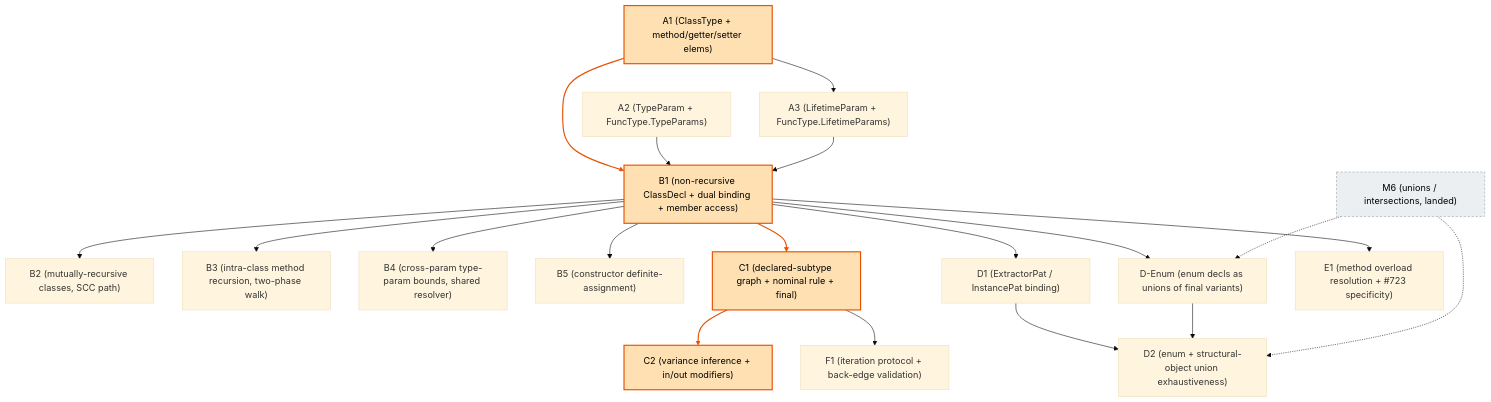
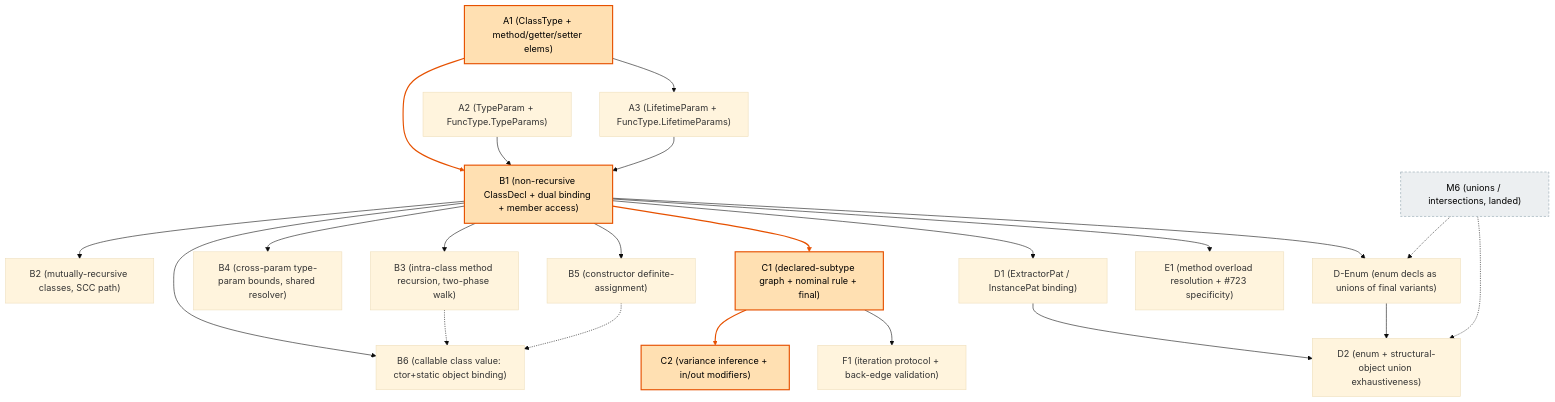
One commit to escalier-lang/escalier changed the diagram in planning/simple_sub/m5-implementation-plan.md. Above: the diagram before and after it, drawn with Mermaid (base theme). The commit also changed other lines of this file, not shown here.

First line of the commit message:
Add B6 PR to M5 plan: callable class value (ctor+static object binding)

````diff
--- a/planning/simple_sub/m5-implementation-plan.md
+++ b/planning/simple_sub/m5-implementation-plan.md
@@ -1185,44 +1256,48 @@
 ```mermaid
 graph TD
     A1["A1 (ClassType + method/getter/setter elems)"]
     A2["A2 (TypeParam + FuncType.TypeParams)"]
     A3["A3 (LifetimeParam + FuncType.LifetimeParams)"]
     B1["B1 (non-recursive ClassDecl + dual binding + member access)"]
     B2["B2 (mutually-recursive classes, SCC path)"]
     B3["B3 (intra-class method recursion, two-phase walk)"]
     B4["B4 (cross-param type-param bounds, shared resolver)"]
     B5["B5 (constructor definite-assignment)"]
+    B6["B6 (callable class value: ctor+static object binding)"]
     C1["C1 (declared-subtype graph + nominal rule + final)"]
     C2["C2 (variance inference + in/out modifiers)"]
     F1["F1 (iteration protocol + back-edge validation)"]
     D1["D1 (ExtractorPat / InstancePat binding)"]
     DEnum["D-Enum (enum decls as unions of final variants)"]
     D2["D2 (enum + structural-object union exhaustiveness)"]
     E1["E1 (method overload resolution + #723 specificity)"]
     M6["M6 (unions / intersections, landed)"]
 
     A1 --> B1
     A1 --> A3
     A2 --> B1
     A3 --> B1
     B1 --> B2
     B1 --> B3
     B1 --> B4
     B1 --> B5
     B1 --> C1
     B1 --> D1
     B1 --> DEnum
     B1 --> E1
     C1 --> C2
     C1 --> F1
     D1 --> D2
     DEnum --> D2
     M6 -.-> DEnum
     M6 -.-> D2
+    B1 --> B6
+    B3 -.-> B6
+    B5 -.-> B6
 
     classDef crit fill:#ffe0b2,stroke:#e65100,stroke-width:2px,color:#000;
     classDef landed fill:#eceff1,stroke:#90a4ae,stroke-dasharray:4 3,color:#000;
     class A1,B1,C1,C2 crit;
     class M6 landed;
     linkStyle 0,8,12 stroke:#e65100,stroke-width:2px;
 ```
````
